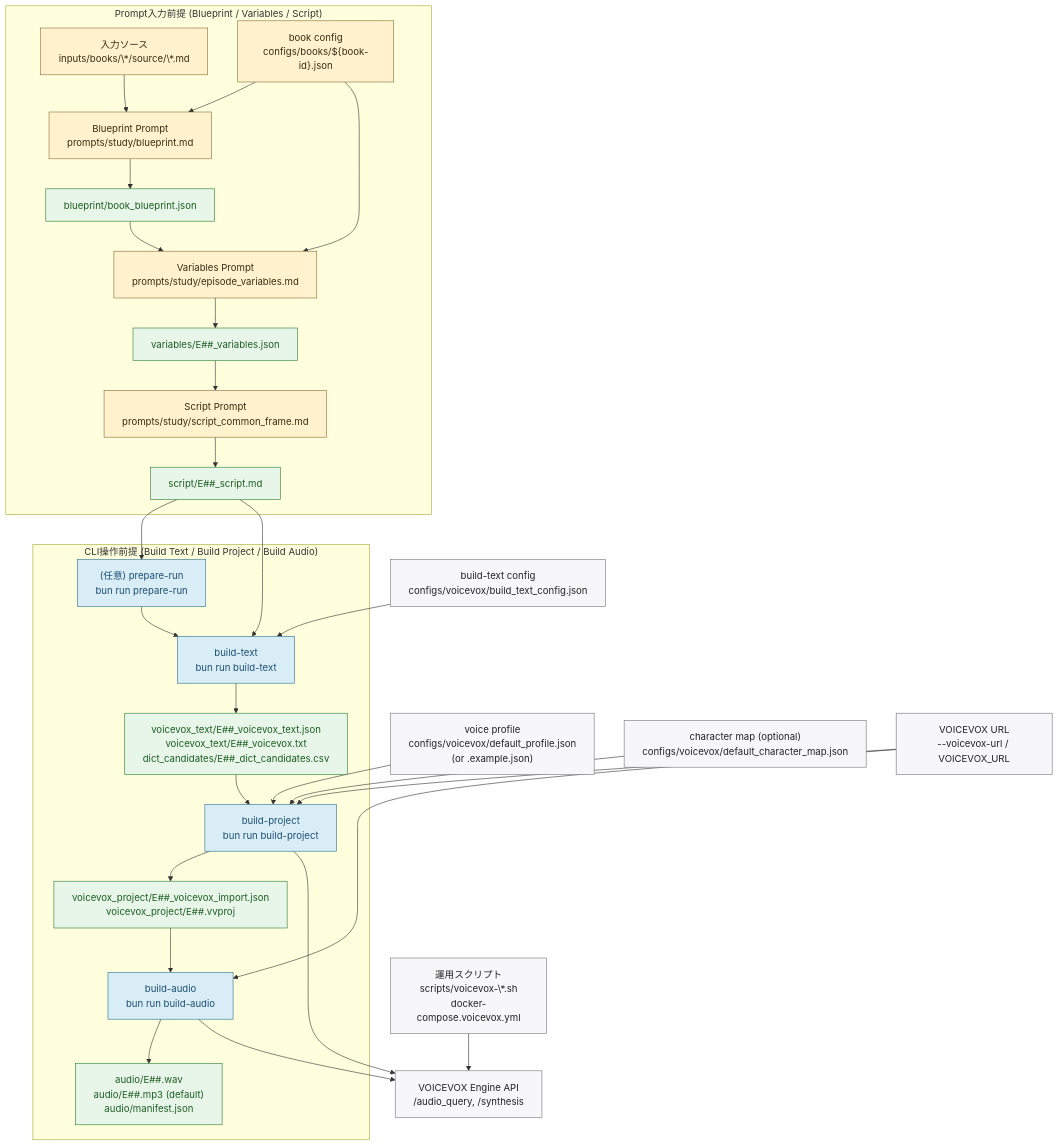
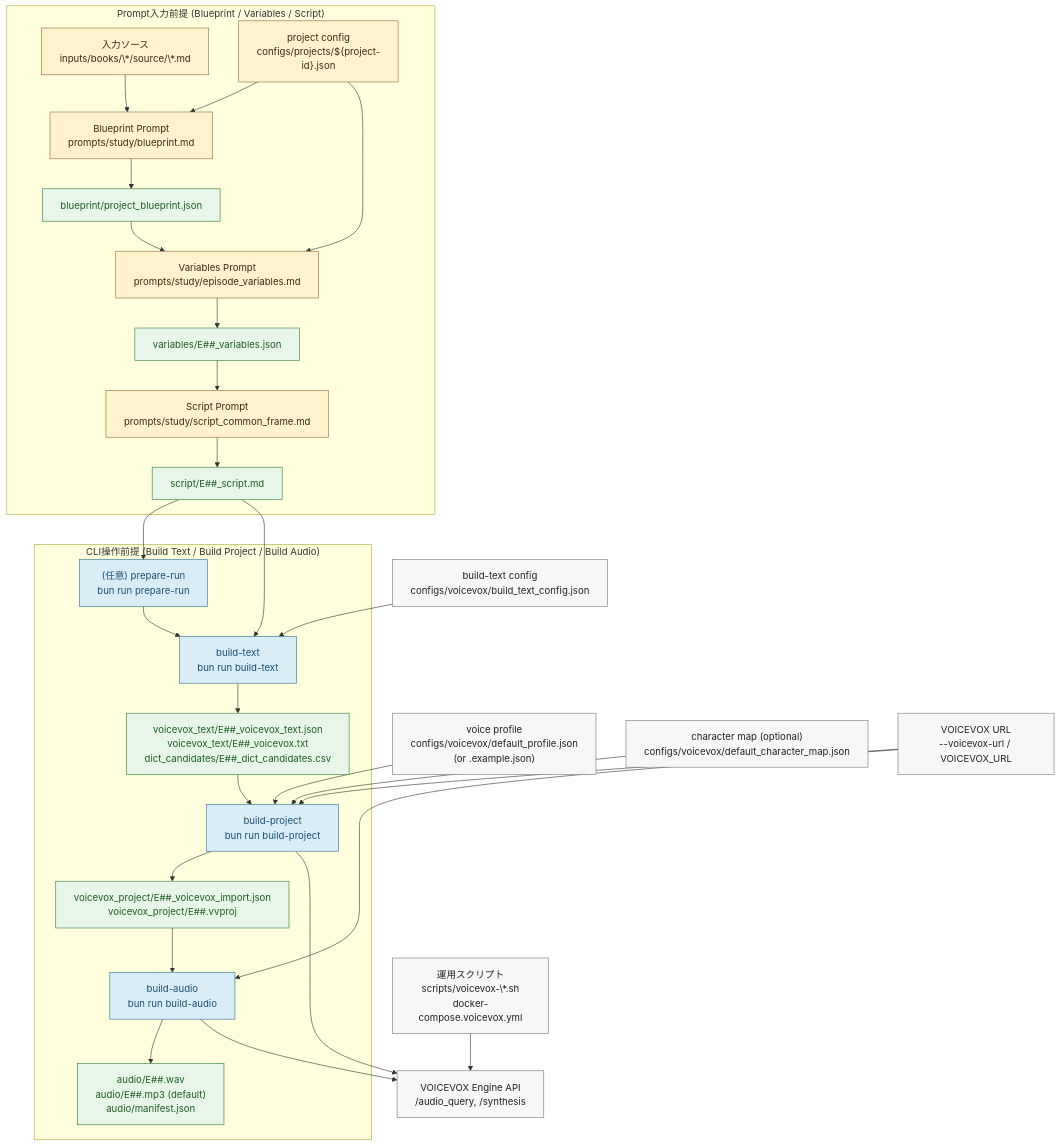
One commit to niroe5tar64/narrative-vox changed the diagram in docs/architecture/pipeline.md. Above: the diagram before and after it, drawn with Mermaid. The commit also changed other lines of this file and 6 other files, not shown here.

````diff
--- a/docs/architecture/pipeline.md
+++ b/docs/architecture/pipeline.md
@@ -12,64 +12,64 @@
 ```mermaid
 flowchart TB
   subgraph PromptFlow["Prompt入力前提 (Blueprint / Variables / Script)"]
     S["入力ソース<br/>inputs/books/\*/source/\*.md"]
-    BCFG["book config<br/>configs/books/${book-id}.json"]
+    PCFG["project config<br/>configs/projects/${project-id}.json"]
     P1["Blueprint Prompt<br/>prompts/study/blueprint.md"]
-    O1["blueprint/book_blueprint.json"]
+    O1["blueprint/project_blueprint.json"]
     P2["Variables Prompt<br/>prompts/study/episode_variables.md"]
     O2["variables/E##_variables.json"]
     P3["Script Prompt<br/>prompts/study/script_common_frame.md"]
     O3["script/E##_script.md"]
     S --> P1
-    BCFG --> P1
+    PCFG --> P1
     P1 --> O1
     O1 --> P2
-    BCFG --> P2
+    PCFG --> P2
     P2 --> O2
     O2 --> P3
     P3 --> O3
   end
 
   subgraph CliFlow["CLI操作前提 (Build Text / Build Project / Build Audio)"]
     C0["(任意) prepare-run<br/>bun run prepare-run"]
     C1["build-text<br/>bun run build-text"]
     C2["build-project<br/>bun run build-project"]
     C3["build-audio<br/>bun run build-audio"]
     O4["voicevox_text/E##_voicevox_text.json<br/>voicevox_text/E##_voicevox.txt<br/>dict_candidates/E##_dict_candidates.csv"]
     O5["voicevox_project/E##_voicevox_import.json<br/>voicevox_project/E##.vvproj"]
     O6["audio/E##.wav<br/>audio/E##.mp3 (default)<br/>audio/manifest.json"]
     C0 --> C1
     C1 --> O4
     O4 --> C2
     C2 --> O5
     O5 --> C3
     C3 --> O6
   end
 
   CFG4["build-text config<br/>configs/voicevox/build_text_config.json"]
   CFG5P["voice profile<br/>configs/voicevox/default_profile.json<br/>(or .example.json)"]
   CFG5S["character map (optional)<br/>configs/voicevox/default_character_map.json"]
   VXURL["VOICEVOX URL<br/>--voicevox-url / VOICEVOX_URL"]
   VXAPI["VOICEVOX Engine API<br/>/audio_query, /synthesis"]
   VXSCRIPT["運用スクリプト<br/>scripts/voicevox-\*.sh<br/>docker-compose.voicevox.yml"]
 
   O3 --> C0
   O3 --> C1
   CFG4 --> C1
   CFG5P --> C2
   CFG5S --> C2
   VXURL --> C2
   VXURL --> C3
   VXSCRIPT --> VXAPI
   C2 --> VXAPI
   C3 --> VXAPI
 
   classDef prompt fill:#fff2cc,stroke:#8a6d3b,color:#3a2a14;
   classDef cli fill:#d9edf7,stroke:#31708f,color:#1b4f72;
   classDef cfg fill:#f7f7f9,stroke:#777,color:#222;
   classDef out fill:#e8f5e9,stroke:#2e7d32,color:#1b5e20;
-  class S,BCFG,P1,P2,P3 prompt;
+  class S,PCFG,P1,P2,P3 prompt;
   class C0,C1,C2,C3 cli;
   class CFG4,CFG5P,CFG5S,VXURL,VXAPI,VXSCRIPT cfg;
   class O1,O2,O3,O4,O5,O6 out;
 ```
````
